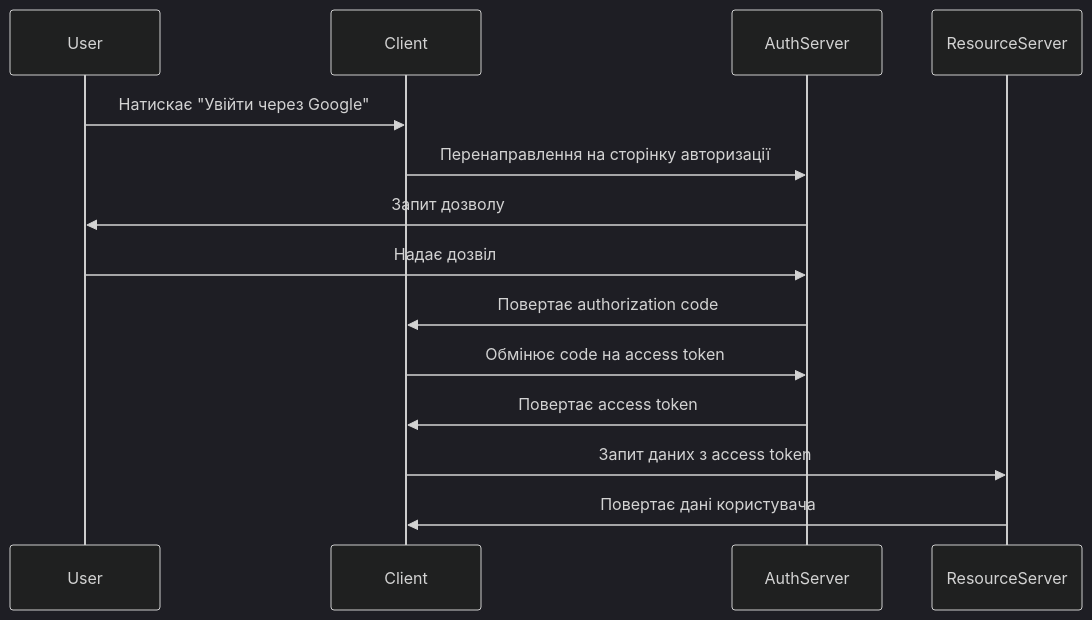
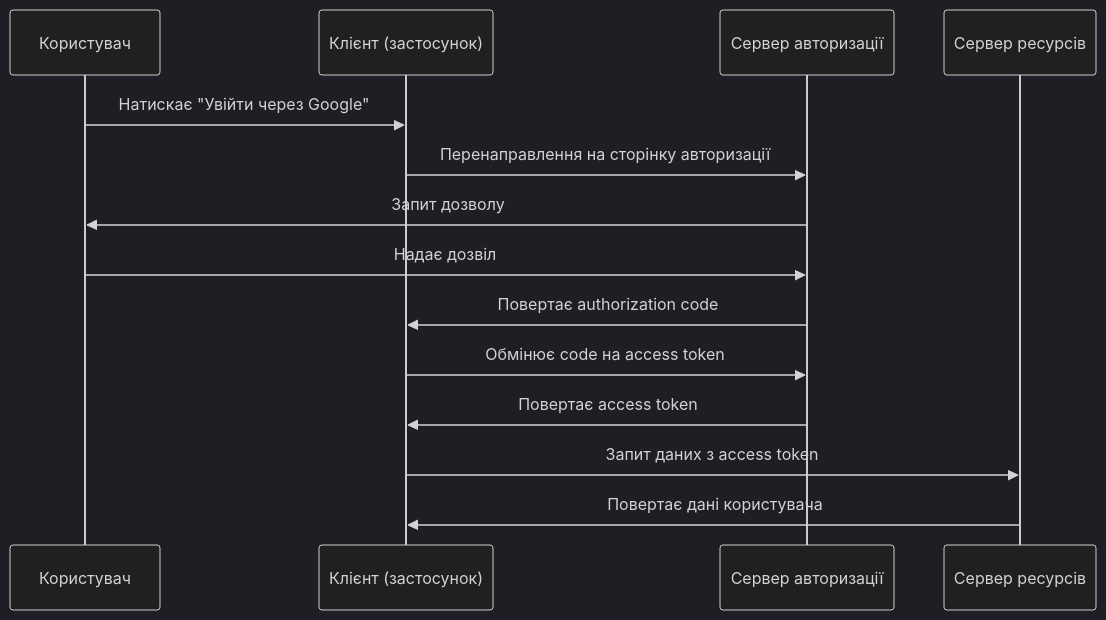
The third of 3 diagrams in lectures/lecture-14.md (olroi421/course-opi-v2), drawn with Mermaid (dark theme) before and after one commit. The commit also changed other lines of this file and 9 other files, not shown here.

````diff
--- a/lectures/lecture-14.md
+++ b/lectures/lecture-14.md
@@ -215,17 +339,17 @@
 ```mermaid
 sequenceDiagram
-    participant User
-    participant Client
-    participant AuthServer
-    participant ResourceServer
+    participant U as Користувач
+    participant C as Клієнт (застосунок)
+    participant A as Сервер авторизації
+    participant R as Сервер ресурсів
 
-    User->>Client: Натискає "Увійти через Google"
-    Client->>AuthServer: Перенаправлення на сторінку авторизації
-    AuthServer->>User: Запит дозволу
-    User->>AuthServer: Надає дозвіл
-    AuthServer->>Client: Повертає authorization code
-    Client->>AuthServer: Обмінює code на access token
-    AuthServer->>Client: Повертає access token
-    Client->>ResourceServer: Запит даних з access token
-    ResourceServer->>Client: Повертає дані користувача
+    U->>C: Натискає "Увійти через Google"
+    C->>A: Перенаправлення на сторінку авторизації
+    A->>U: Запит дозволу
+    U->>A: Надає дозвіл
+    A->>C: Повертає authorization code
+    C->>A: Обмінює code на access token
+    A->>C: Повертає access token
+    C->>R: Запит даних з access token
+    R->>C: Повертає дані користувача
 ```
````
